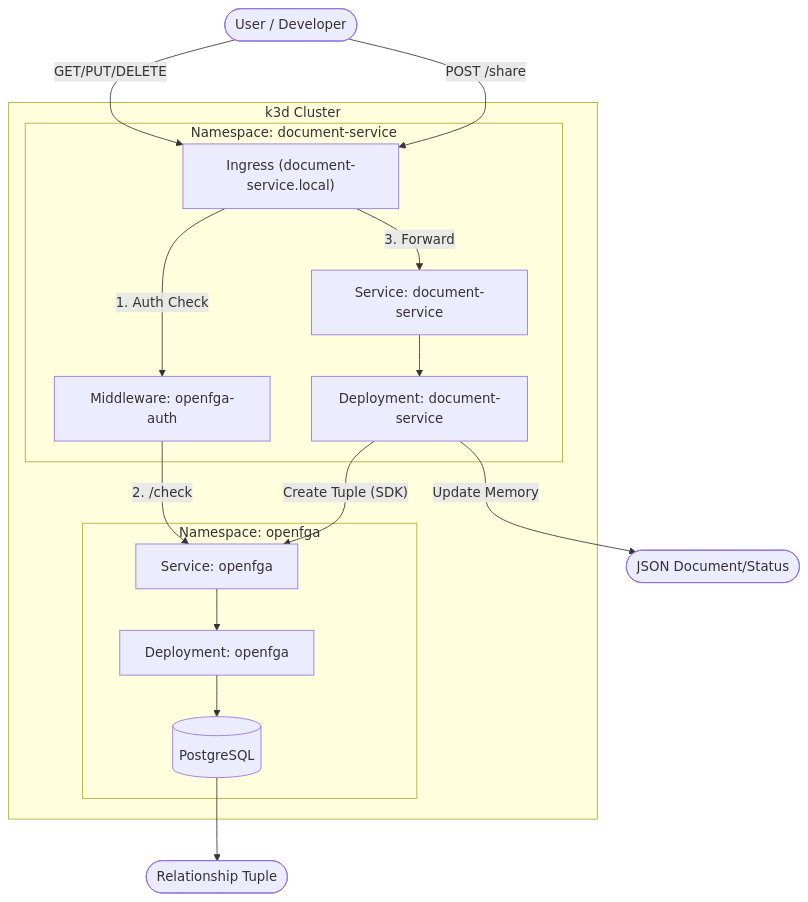
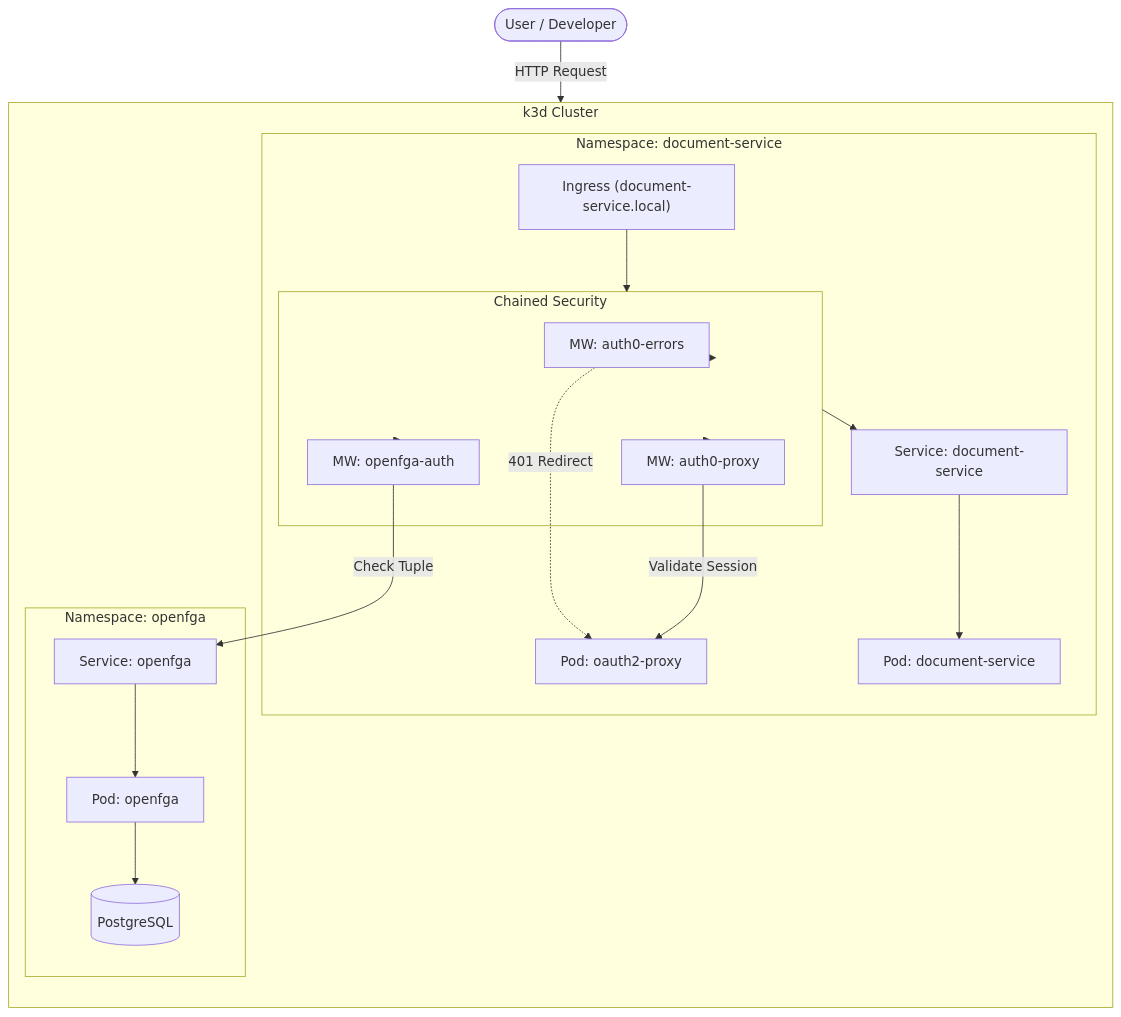
The second of 2 diagrams in README.md (corganfuzz/fga), drawn with Mermaid before and after one commit. The commit also changed other lines of this file and 6 other files, not shown here.

````diff
--- a/README.md
+++ b/README.md
@@ -37,37 +42,47 @@
 ```mermaid
 graph TD
     User([User / Developer])
     
     subgraph Cluster ["k3d Cluster"]
+        direction TB
+        
         subgraph NS_Doc ["Namespace: document-service"]
             Ingress["Ingress (document-service.local)"]
             DocSvc["Service: document-service"]
-            MW["Middleware: openfga-auth"]
-            DocPod["Deployment: document-service"]
+            
+            subgraph Security_Chain ["Chained Security"]
+                MW_Err["MW: auth0-errors"]
+                MW_Auth["MW: auth0-proxy"]
+                MW_FGA["MW: openfga-auth"]
+            end
+            
+            DocPod["Pod: document-service"]
+            OAuth2["Pod: oauth2-proxy"]
         end
 
         subgraph NS_FGA ["Namespace: openfga"]
             FGASvc["Service: openfga"]
-            FGAPod["Deployment: openfga"]
+            FGAPod["Pod: openfga"]
             PGDB[(PostgreSQL)]
         end
     end
 
-    Output_JSON([JSON Document/Status])
-    Output_FGA([Relationship Tuple])
-
-    User -- "GET/PUT/DELETE" --> Ingress
-    User -- "POST /share" --> Ingress
+    %% Flow
+    User -- "HTTP Request" --> Ingress
+    Ingress --> Security_Chain
     
-    Ingress -- 1. Auth Check --> MW
-    MW -- 2. /check --> FGASvc
+    Security_Chain --> MW_Err
+    MW_Err -. "401 Redirect" .-> OAuth2
     
-    Ingress -- 3. Forward --> DocSvc
+    Security_Chain --> MW_Auth
+    MW_Auth -- "Validate Session" --> OAuth2
+    
+    Security_Chain --> MW_FGA
+    MW_FGA -- "Check Tuple" --> FGASvc
+    
+    Security_Chain --> DocSvc
     DocSvc --> DocPod
     
-    DocPod -- "Update Memory" --> Output_JSON
-    DocPod -- "Create Tuple (SDK)" --> FGASvc
     FGASvc --> FGAPod
     FGAPod --> PGDB
-    PGDB --> Output_FGA
 ```
````
